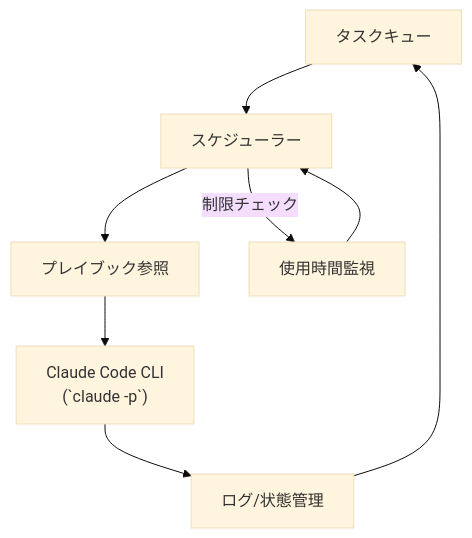
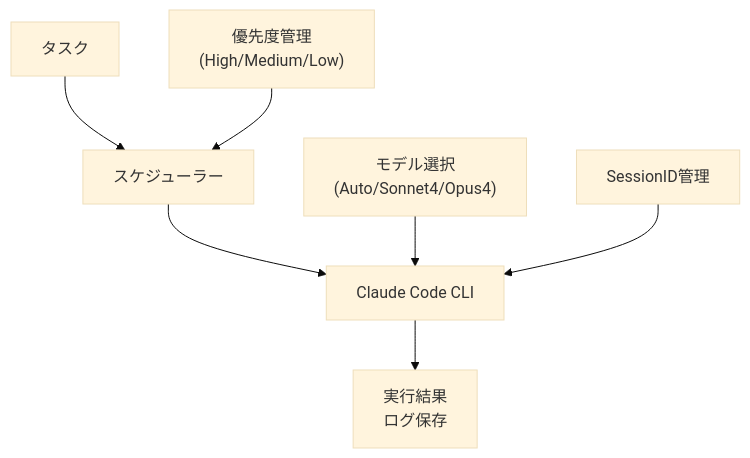
The diagram in articles/claude-code-task-runner-automation.md (pixcelo/zenn-content), drawn with Mermaid (base theme) before and after one commit. The commit also changed other lines of this file and 1 other file, not shown here.

Commit message:
.gitignoreにVSソリューションファイル除外設定を追加し、記事のシステム概要図を簡潔に修正
🤖 Generated with [Claude Code](https://claude.ai/code)

````diff
--- a/articles/claude-code-task-runner-automation.md
+++ b/articles/claude-code-task-runner-automation.md
@@ -68,11 +68,10 @@
 ```mermaid
 graph TB
-    A["タスクキュー"] --> B["スケジューラー"]
-    B --> C["プレイブック参照"]
-    C --> D["Claude Code CLI<br/>(`claude -p`)"]
-    D --> E["ログ/状態管理"]
-    E --> A
+    A["タスク"] --> B["スケジューラー"]
+    B --> C["Claude Code CLI"]
+    C --> D["実行結果<br/>ログ保存"]
 
-    F["使用時間監視"] --> B
-    B --> |"制限チェック"| F
+    E["優先度管理<br/>(High/Medium/Low)"] --> B
+    F["モデル選択<br/>(Auto/Sonnet4/Opus4)"] --> C
+    G["SessionID管理"] --> C
 ```
````
